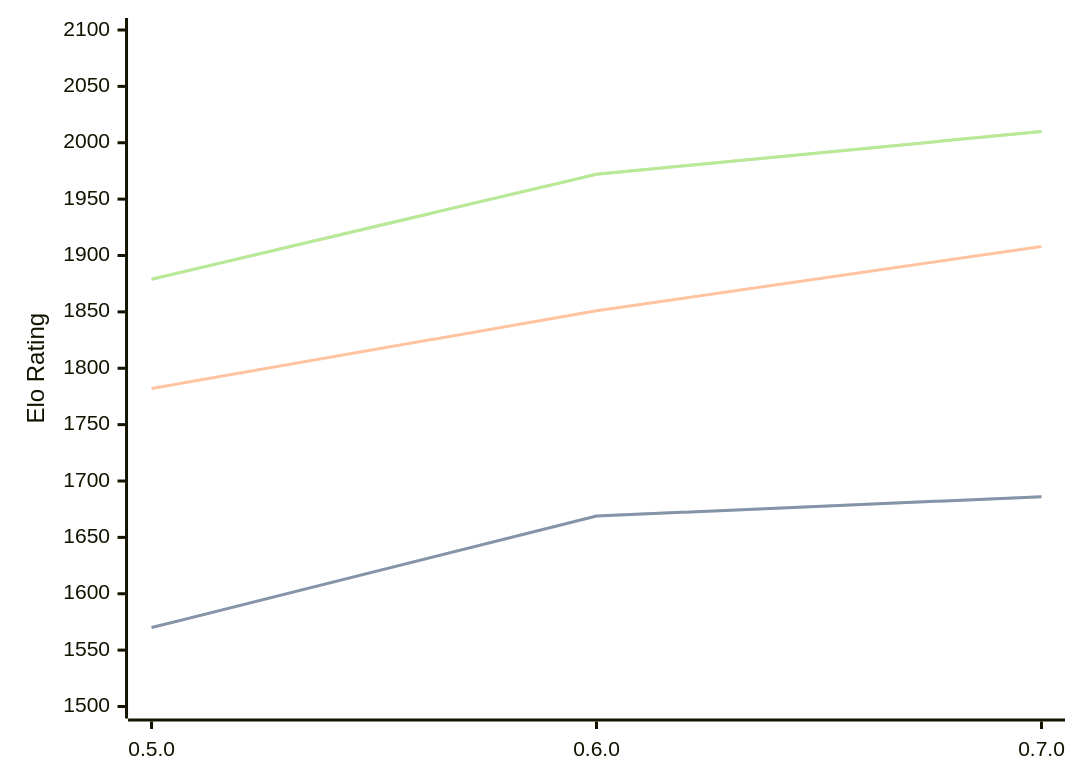
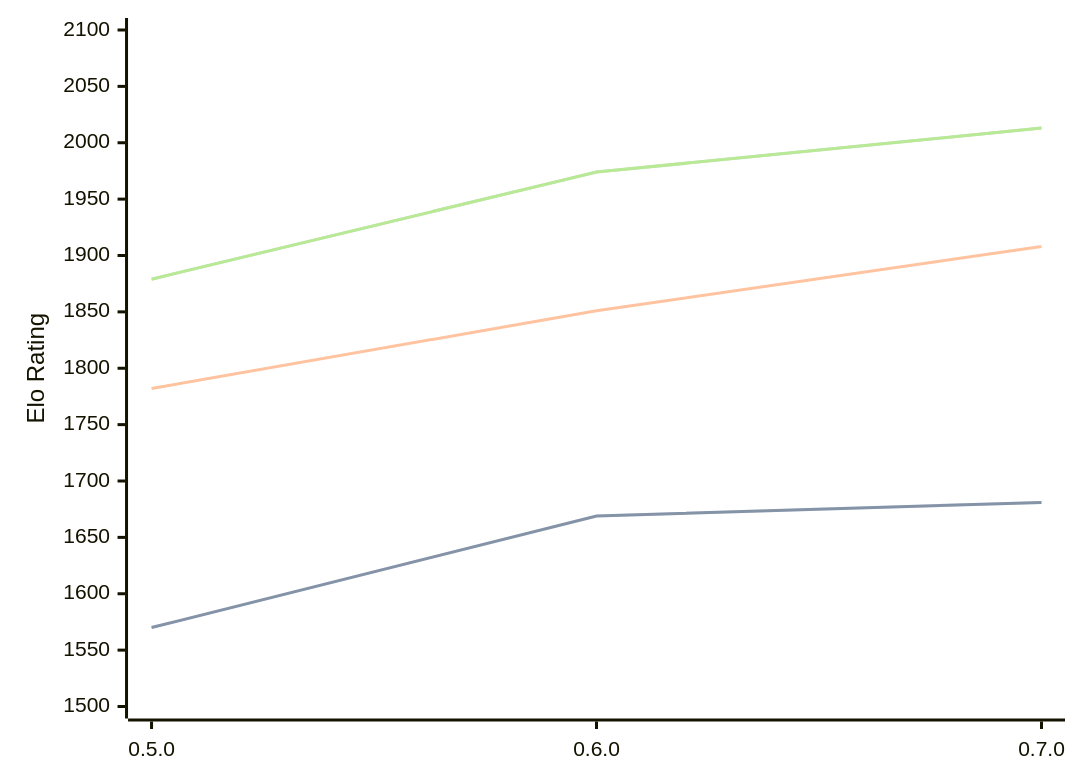
The diagram in engines/Chess-rs.md (computer-chess-index/cci), drawn with Mermaid before and after one commit. The commit also changed other lines of this file, not shown here.

Commit message:
Update CCI Ratings (ELO VLTC) - 2026-07-25

````diff
--- a/engines/Chess-rs.md
+++ b/engines/Chess-rs.md
@@ -41,11 +41,11 @@
 ```mermaid
 %%{init: {"theme":"base","themeVariables":{"seriesColors:['#a3a3a3','#222221','#faa371']}}}%%
 xychart-beta
   x-axis ["0.5.0", "0.6.0", "0.7.0"]
   y-axis "Elo Rating" 1500 --> 2100
-  line "STC (8.0+0.08s)" [1570, 1669, 1686]
-  line "STC (8.0+0.08s)" [1570, 1669, 1686]
+  line "STC (8.0+0.08s)" [1570, 1669, 1681]
+  line "STC (8.0+0.08s)" [1570, 1669, 1681]
   line "LTC (60.0+0.60s)" [1782, 1851, 1908]
-  line "VLTC (2m24s+1.12s)" [1879, 1972, 2010]
-  line "VLTC (2m24s+1.12s)" [1879, 1972, 2010]
+  line "VLTC (2m24s+1.12s)" [1879, 1974, 2013]
+  line "VLTC (2m24s+1.12s)" [1879, 1974, 2013]
 ```
````
